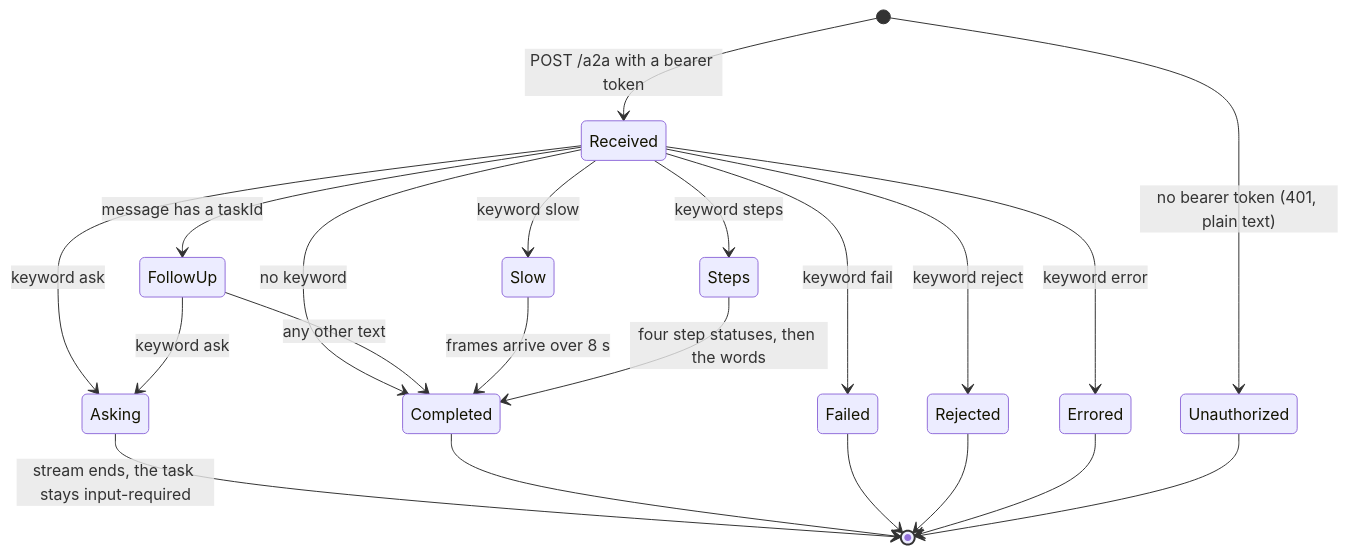
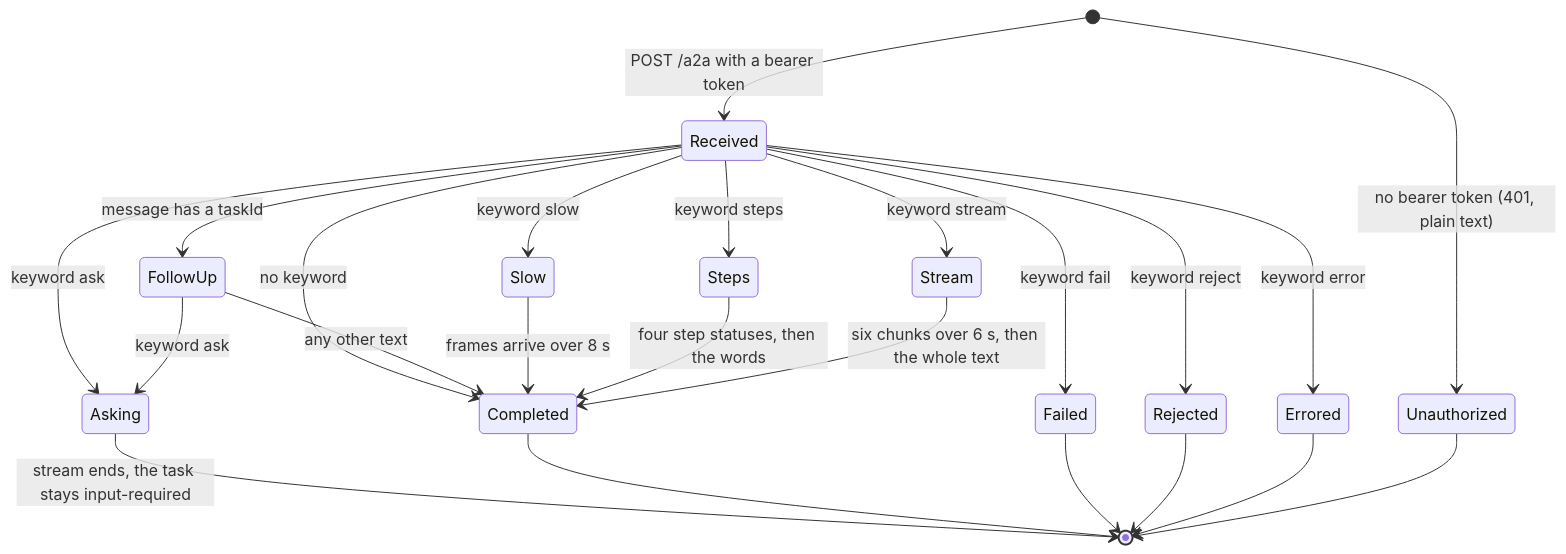
Before and after one commit to vymalo/another-agentic-system: diagram 14 of 23 in dev/README.md, drawn with Mermaid. The commit also changed other lines of this file and 75 other files, not shown here.

First line of the commit message:
feat: live text — the agent's words relayed as they are written (text-stream/v1, ADR 0027) (#80)

````diff
--- a/dev/README.md
+++ b/dev/README.md
@@ -948,23 +949,25 @@
 ```mermaid
 stateDiagram-v2
   [*] --> Received: POST /a2a with a bearer token
   [*] --> Unauthorized: no bearer token (401, plain text)
   Received --> FollowUp: message has a taskId
   Received --> Errored: keyword error
   Received --> Rejected: keyword reject
   Received --> Failed: keyword fail
   Received --> Asking: keyword ask
   Received --> Slow: keyword slow
   Received --> Steps: keyword steps
+  Received --> Stream: keyword stream
   Received --> Completed: no keyword
   FollowUp --> Asking: keyword ask
   FollowUp --> Completed: any other text
   Asking --> [*]: stream ends, the task stays input-required
   Slow --> Completed: frames arrive over 8 s
   Steps --> Completed: four step statuses, then the words
+  Stream --> Completed: six chunks over 6 s, then the whole text
   Completed --> [*]
   Failed --> [*]
   Rejected --> [*]
   Errored --> [*]
   Unauthorized --> [*]
 ```
````
